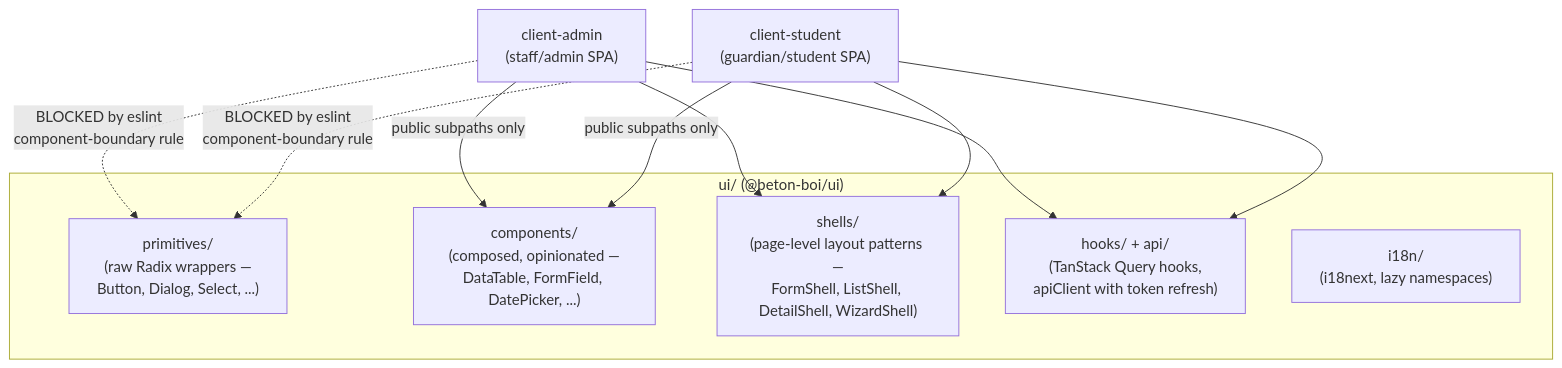
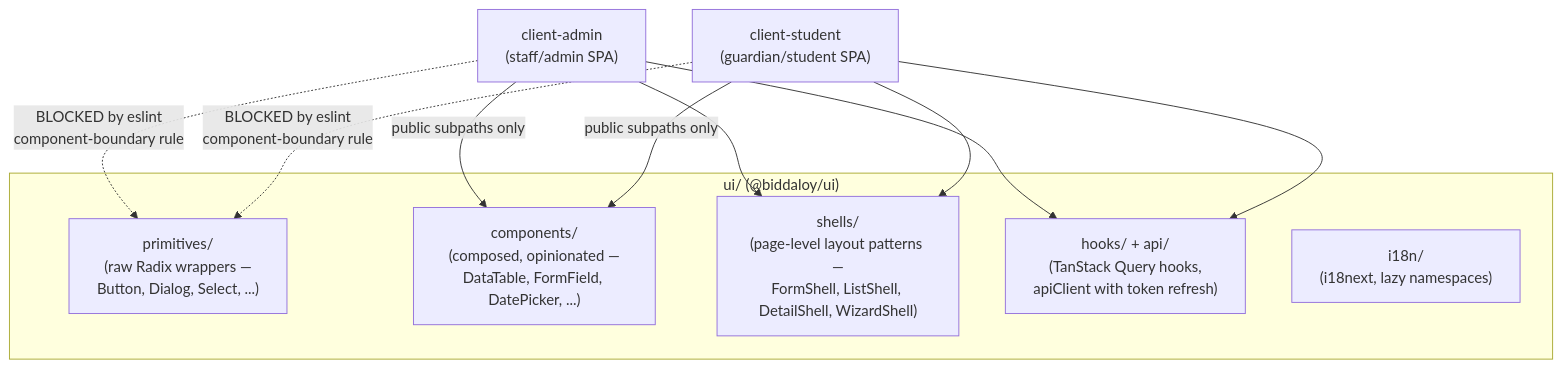
The diagram in docs/architecture/06-frontend-architecture.md (tareq89/biddaloy), drawn with Mermaid before and after one commit. The commit also changed other lines of this file and 185 other files, not shown here.

First line of the commit message:
rename: beton-boi -> Biddaloy across the codebase

````diff
--- a/docs/architecture/06-frontend-architecture.md
+++ b/docs/architecture/06-frontend-architecture.md
@@ -5,23 +5,23 @@
 ```mermaid
 flowchart TB
-    subgraph "ui/ (@beton-boi/ui)"
+    subgraph "ui/ (@biddaloy/ui)"
         PRIM["primitives/\n(raw Radix wrappers —\nButton, Dialog, Select, ...)"]
         COMP["components/\n(composed, opinionated —\nDataTable, FormField, DatePicker, ...)"]
         SHELL["shells/\n(page-level layout patterns —\nFormShell, ListShell, DetailShell, WizardShell)"]
         HOOKS["hooks/ + api/\n(TanStack Query hooks,\napiClient with token refresh)"]
         I18N["i18n/\n(i18next, lazy namespaces)"]
     end
 
     ADMIN["client-admin\n(staff/admin SPA)"]
     STUDENT["client-student\n(guardian/student SPA)"]
 
     ADMIN -->|"public subpaths only"| COMP
     ADMIN --> SHELL
     ADMIN --> HOOKS
     STUDENT -->|"public subpaths only"| COMP
     STUDENT --> SHELL
     STUDENT --> HOOKS
 
     ADMIN -.->|"BLOCKED by eslint\ncomponent-boundary rule"| PRIM
     STUDENT -.->|"BLOCKED by eslint\ncomponent-boundary rule"| PRIM
 ```
````
